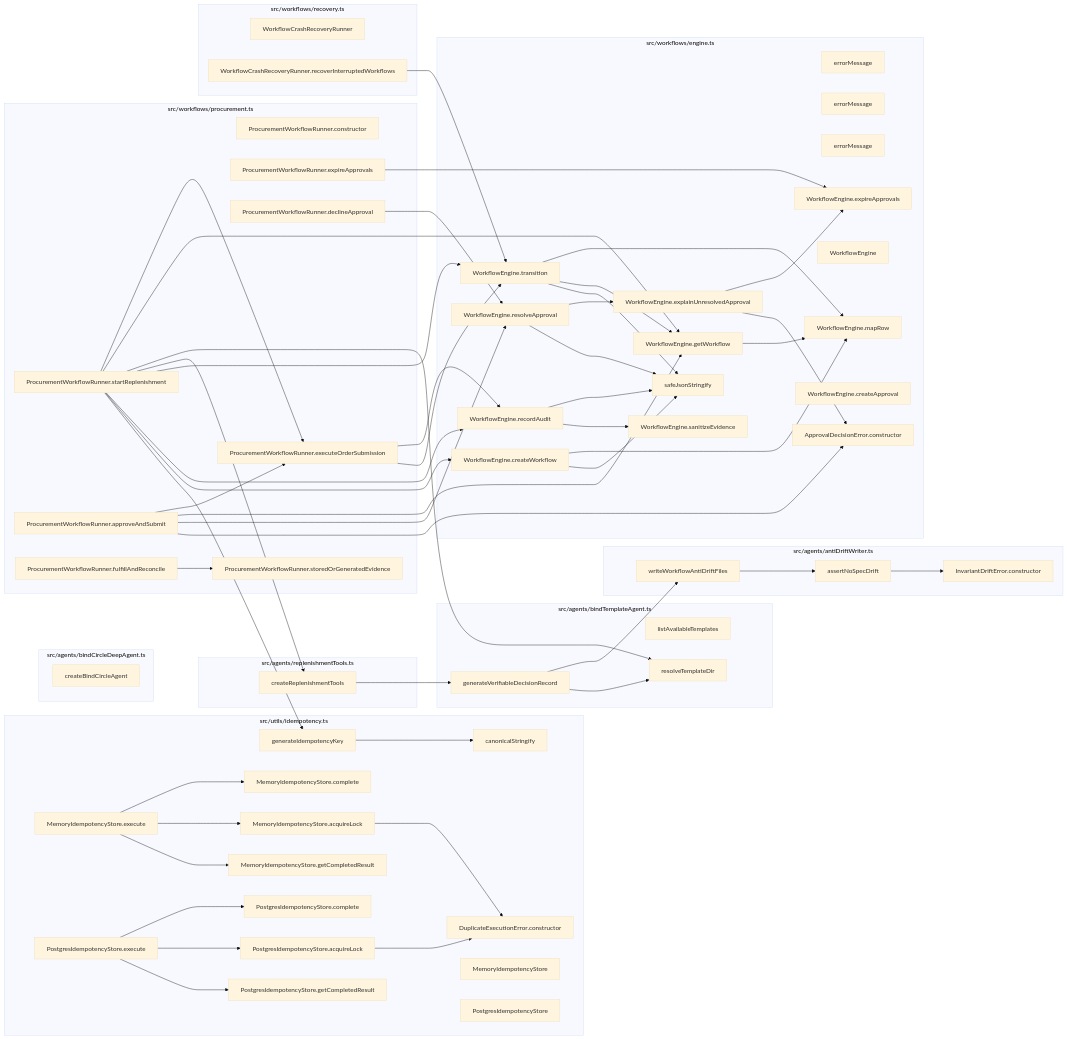
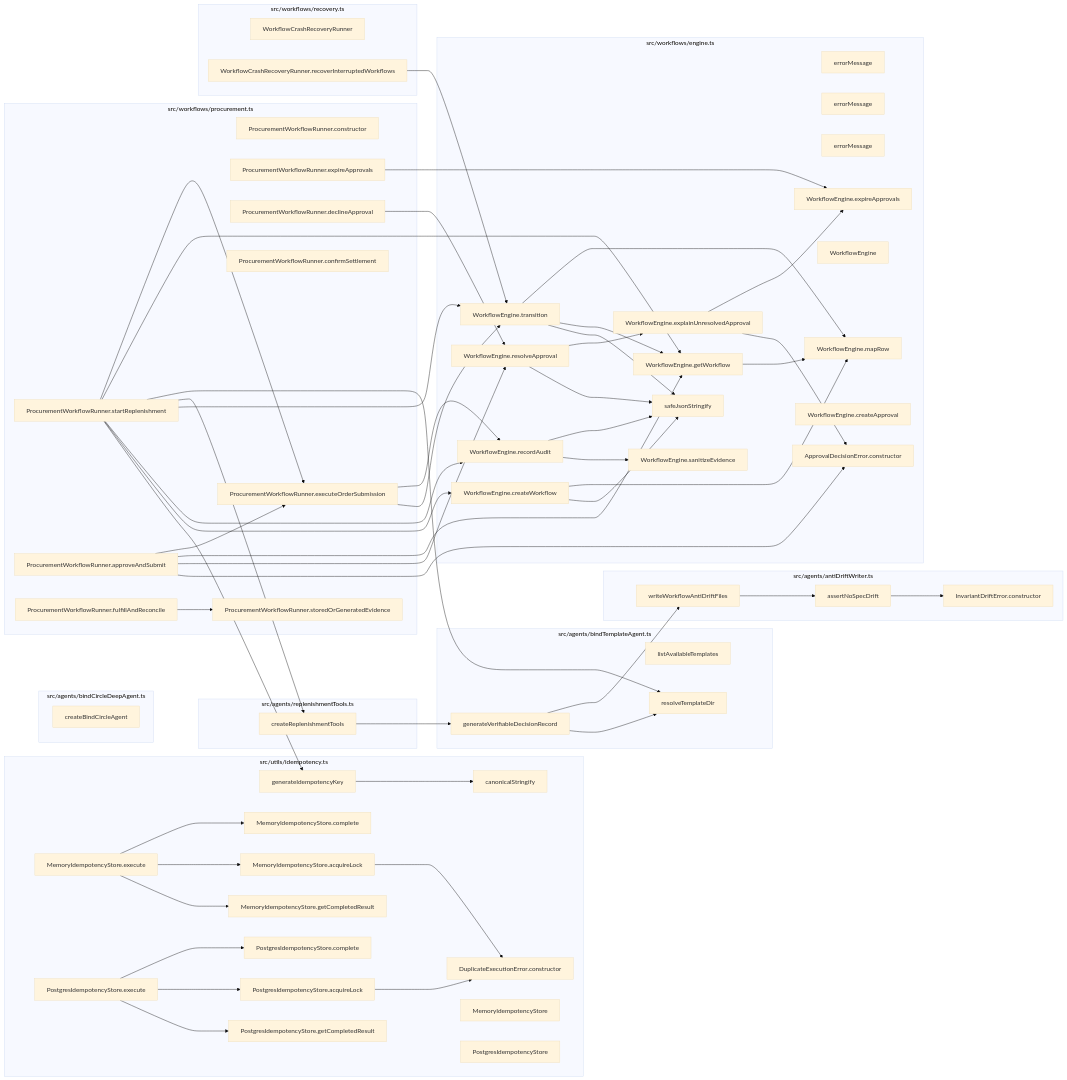
One commit to Jaydearcadian/bind changed the seventh of 8 diagrams in docs/CODEBASE_MAP.md. Above: the diagram before and after it, drawn with Mermaid (base theme). The commit also changed other lines of this file and 9 other files, not shown here.

````diff
--- a/docs/CODEBASE_MAP.md
+++ b/docs/CODEBASE_MAP.md
@@ -447,94 +449,95 @@
     n71["createReplenishmentTools"]
   end
   subgraph F4["src/utils/idempotency.ts"]
-    n138["DuplicateExecutionError.constructor"]
-    n139["canonicalStringify"]
-    n140["generateIdempotencyKey"]
-    n141["MemoryIdempotencyStore"]
-    n142["MemoryIdempotencyStore.acquireLock"]
-    n143["MemoryIdempotencyStore.complete"]
-    n144["MemoryIdempotencyStore.getCompletedResult"]
-    n145["MemoryIdempotencyStore.execute"]
-    n146["PostgresIdempotencyStore"]
-    n147["PostgresIdempotencyStore.acquireLock"]
-    n148["PostgresIdempotencyStore.complete"]
-    n149["PostgresIdempotencyStore.getCompletedResult"]
-    n150["PostgresIdempotencyStore.execute"]
+    n140["DuplicateExecutionError.constructor"]
+    n141["canonicalStringify"]
+    n142["generateIdempotencyKey"]
+    n143["MemoryIdempotencyStore"]
+    n144["MemoryIdempotencyStore.acquireLock"]
+    n145["MemoryIdempotencyStore.complete"]
+    n146["MemoryIdempotencyStore.getCompletedResult"]
+    n147["MemoryIdempotencyStore.execute"]
+    n148["PostgresIdempotencyStore"]
+    n149["PostgresIdempotencyStore.acquireLock"]
+    n150["PostgresIdempotencyStore.complete"]
+    n151["PostgresIdempotencyStore.getCompletedResult"]
+    n152["PostgresIdempotencyStore.execute"]
   end
   subgraph F5["src/workflows/engine.ts"]
-    n151["safeJsonStringify"]
-    n152["errorMessage"]
-    n153["errorMessage"]
+    n153["safeJsonStringify"]
     n154["errorMessage"]
-    n155["ApprovalDecisionError.constructor"]
-    n156["WorkflowEngine"]
-    n157["WorkflowEngine.mapRow"]
-    n158["WorkflowEngine.createWorkflow"]
-    n159["WorkflowEngine.getWorkflow"]
-    n160["WorkflowEngine.transition"]
-    n161["WorkflowEngine.recordAudit"]
-    n162["WorkflowEngine.createApproval"]
-    n163["WorkflowEngine.resolveApproval"]
-    n164["WorkflowEngine.expireApprovals"]
-    n165["WorkflowEngine.explainUnresolvedApproval"]
-    n166["WorkflowEngine.sanitizeEvidence"]
+    n155["errorMessage"]
+    n156["errorMessage"]
+    n157["ApprovalDecisionError.constructor"]
+    n158["WorkflowEngine"]
+    n159["WorkflowEngine.mapRow"]
+    n160["WorkflowEngine.createWorkflow"]
+    n161["WorkflowEngine.getWorkflow"]
+    n162["WorkflowEngine.transition"]
+    n163["WorkflowEngine.recordAudit"]
+    n164["WorkflowEngine.createApproval"]
+    n165["WorkflowEngine.resolveApproval"]
+    n166["WorkflowEngine.expireApprovals"]
+    n167["WorkflowEngine.explainUnresolvedApproval"]
+    n168["WorkflowEngine.sanitizeEvidence"]
   end
   subgraph F6["src/workflows/procurement.ts"]
-    n167["ProcurementWorkflowRunner.constructor"]
-    n168["ProcurementWorkflowRunner.startReplenishment"]
-    n169["ProcurementWorkflowRunner.approveAndSubmit"]
-    n170["ProcurementWorkflowRunner.expireApprovals"]
-    n171["ProcurementWorkflowRunner.declineApproval"]
-    n172["ProcurementWorkflowRunner.executeOrderSubmission"]
-    n173["ProcurementWorkflowRunner.fulfillAndReconcile"]
-    n174["ProcurementWorkflowRunner.storedOrGeneratedEvidence"]
+    n169["ProcurementWorkflowRunner.constructor"]
+    n170["ProcurementWorkflowRunner.startReplenishment"]
+    n171["ProcurementWorkflowRunner.approveAndSubmit"]
+    n172["ProcurementWorkflowRunner.expireApprovals"]
+    n173["ProcurementWorkflowRunner.declineApproval"]
+    n174["ProcurementWorkflowRunner.executeOrderSubmission"]
+    n175["ProcurementWorkflowRunner.fulfillAndReconcile"]
+    n176["ProcurementWorkflowRunner.confirmSettlement"]
+    n177["ProcurementWorkflowRunner.storedOrGeneratedEvidence"]
   end
   subgraph F7["src/workflows/recovery.ts"]
-    n175["WorkflowCrashRecoveryRunner"]
-    n176["WorkflowCrashRecoveryRunner.recoverInterruptedWorkflows"]
+    n178["WorkflowCrashRecoveryRunner"]
+    n179["WorkflowCrashRecoveryRunner.recoverInterruptedWorkflows"]
   end
   n65 --> n64
   n66 --> n65
   n70 --> n69
   n70 --> n66
   n71 --> n70
-  n140 --> n139
-  n142 --> n138
-  n145 --> n144
-  n145 --> n142
-  n145 --> n143
-  n147 --> n138
-  n150 --> n149
-  n150 --> n147
-  n150 --> n148
-  n158 --> n151
-  n158 --> n157
-  n159 --> n157
-  n160 --> n151
+  n142 --> n141
+  n144 --> n140
+  n147 --> n146
+  n147 --> n144
+  n147 --> n145
+  n149 --> n140
+  n152 --> n151
+  n152 --> n149
+  n152 --> n150
+  n160 --> n153
   n160 --> n159
-  n160 --> n157
-  n161 --> n166
-  n161 --> n151
-  n163 --> n151
-  n163 --> n165
-  n165 --> n155
-  n165 --> n164
-  n168 --> n140
-  n168 --> n158
-  n168 --> n161
-  n168 --> n160
-  n168 --> n71
-  n168 --> n69
-  n168 --> n159
-  n168 --> n172
-  n169 --> n155
-  n169 --> n163
-  n169 --> n159
-  n169 --> n172
-  n170 --> n164
-  n171 --> n163
-  n172 --> n160
-  n172 --> n161
-  n173 --> n174
-  n176 --> n160
+  n161 --> n159
+  n162 --> n153
+  n162 --> n161
+  n162 --> n159
+  n163 --> n168
+  n163 --> n153
+  n165 --> n153
+  n165 --> n167
+  n167 --> n157
+  n167 --> n166
+  n170 --> n142
+  n170 --> n160
+  n170 --> n163
+  n170 --> n162
+  n170 --> n71
+  n170 --> n69
+  n170 --> n161
+  n170 --> n174
+  n171 --> n157
+  n171 --> n165
+  n171 --> n161
+  n171 --> n174
+  n172 --> n166
+  n173 --> n165
+  n174 --> n162
+  n174 --> n163
+  n175 --> n177
+  n179 --> n162
 ```
````
